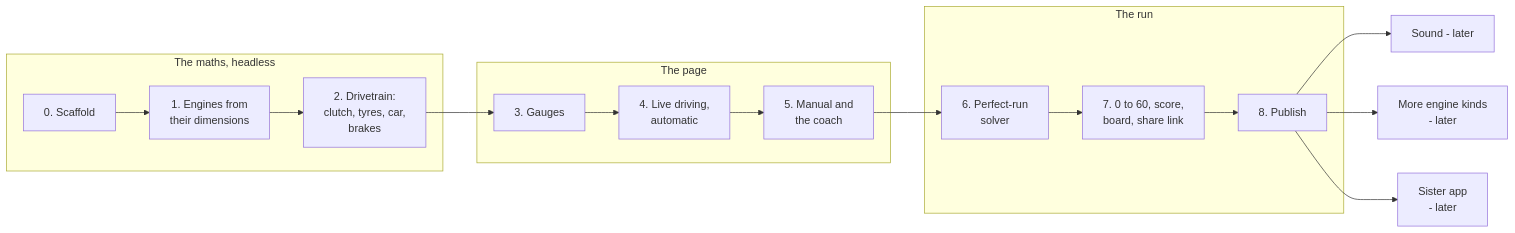
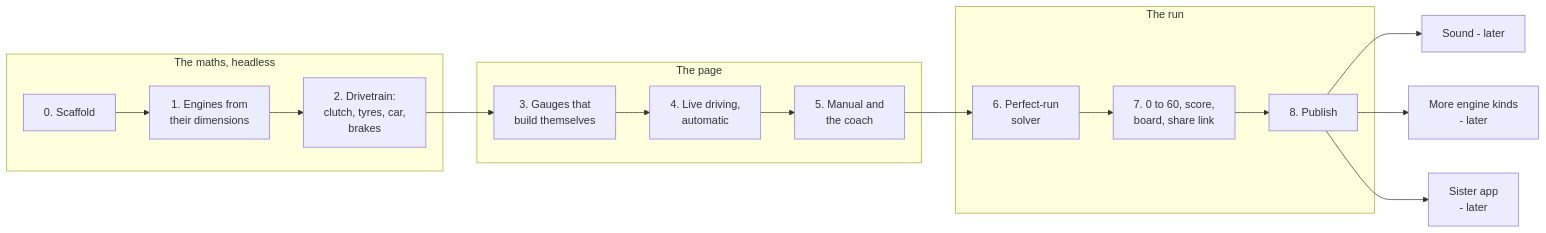
Before and after one commit to MoAbboud/PortFolio: the diagram in pedalsim/requirements/00-plan.md, drawn with Mermaid. The commit also changed other lines of this file and 6 other files, not shown here.

Commit message:
git add pedalsim/requirements git commit -m "pedalsim gauges now build themselves: empty circles pixelate in wherever the engine has revved, every tick laid out from that engine's own figures, from a v4 to a v12"

````diff
--- a/pedalsim/requirements/00-plan.md
+++ b/pedalsim/requirements/00-plan.md
@@ -28,20 +34,20 @@
 ```mermaid
 flowchart LR
     subgraph A[The maths, headless]
         S0[0. Scaffold] --> S1[1. Engines from<br/>their dimensions]
         S1 --> S2[2. Drivetrain:<br/>clutch, tyres, car,<br/>brakes]
     end
     subgraph B[The page]
-        S3[3. Gauges] --> S4[4. Live driving,<br/>automatic]
+        S3[3. Gauges that<br/>build themselves] --> S4[4. Live driving,<br/>automatic]
         S4 --> S5[5. Manual and<br/>the coach]
     end
     subgraph C[The run]
         S6[6. Perfect-run<br/>solver] --> S7[7. 0 to 60, score,<br/>board, share link]
         S7 --> S8[8. Publish]
     end
     S2 --> S3
     S5 --> S6
     S8 --> L1[Sound - later]
     S8 --> L2[More engine kinds<br/>- later]
     S8 --> L3[Sister app<br/>- later]
 ```
````
